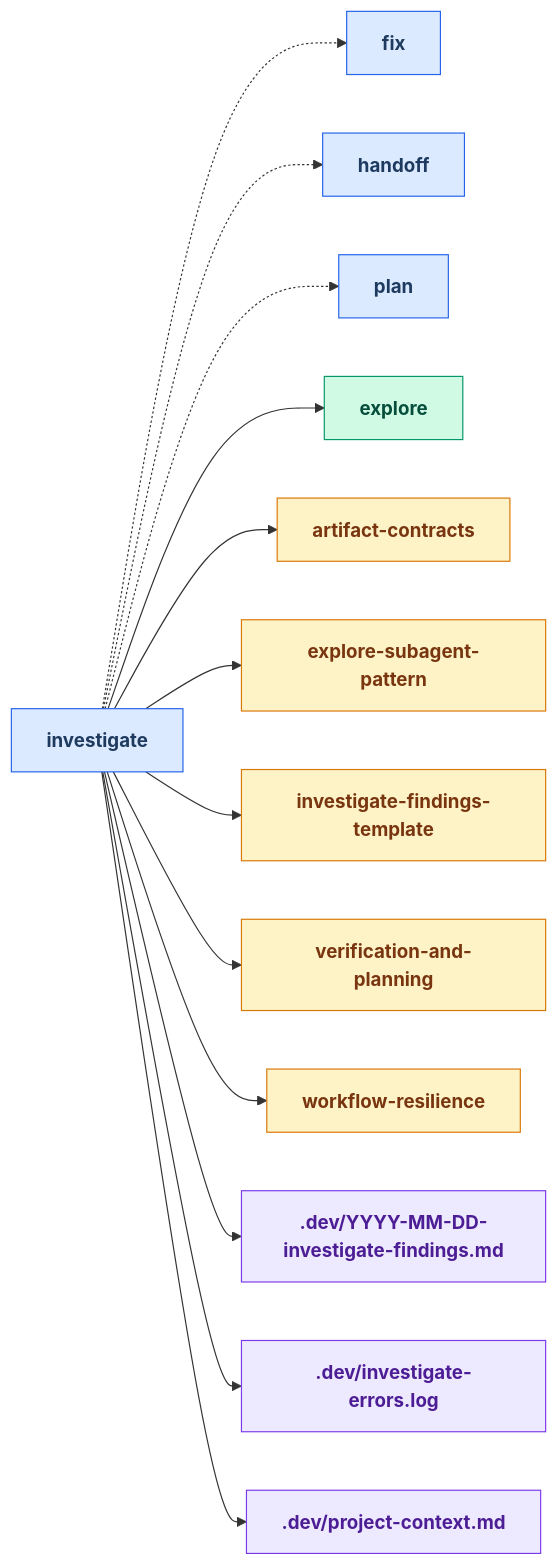
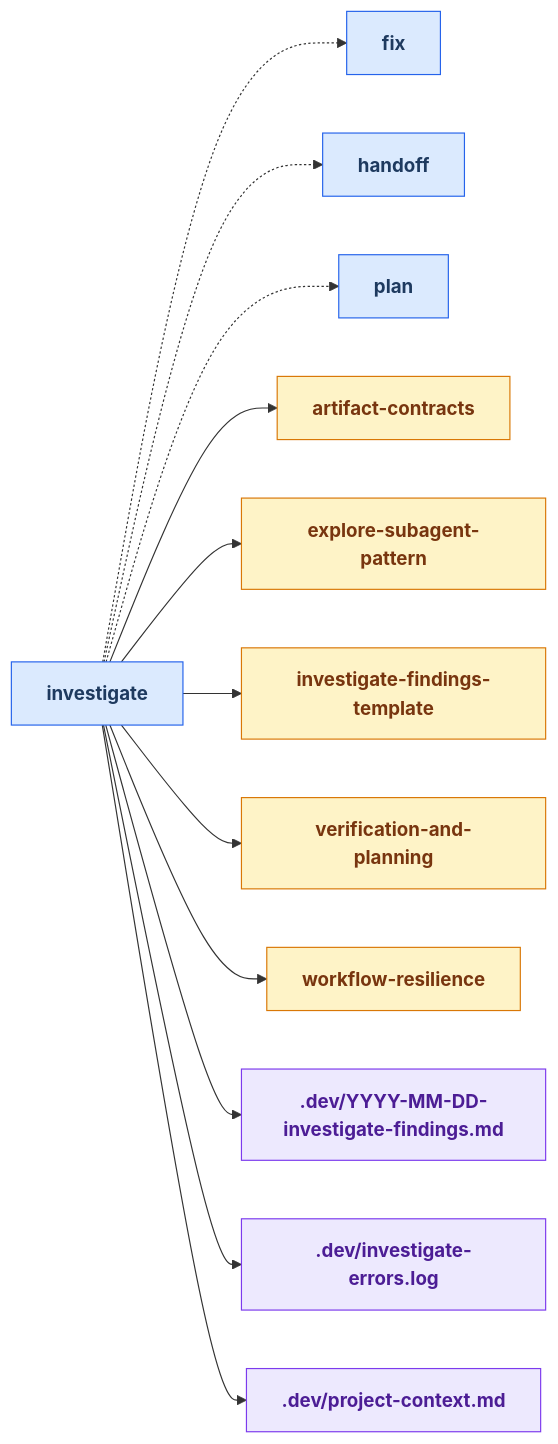
Before and after one commit to russell-laing/al-dev-shared: the fourth of 25 diagrams in docs/skills_map.md, drawn with Mermaid. The commit also changed other lines of this file and 14 other files, not shown here.

````diff
--- a/docs/skills_map.md
+++ b/docs/skills_map.md
@@ -205,49 +205,46 @@
 ```mermaid
 flowchart LR
     classDef skillNode fill:#dbeafe,stroke:#2563eb,color:#1e3a5f,font-weight:bold
     classDef agentNode fill:#d1fae5,stroke:#059669,color:#064e3b,font-weight:bold
     classDef knowledgeNode fill:#fef3c7,stroke:#d97706,color:#78350f,font-weight:bold
     classDef artifactNode fill:#ede9fe,stroke:#7c3aed,color:#4c1d95,font-weight:bold
     classDef phaseNode fill:#e0e7ff,stroke:#6366f1,color:#312e81,font-weight:bold
 
     skill_investigate[investigate]
     skill_fix[fix]
     skill_handoff[handoff]
     skill_plan[plan]
-    agent_explore[explore]
     knowledge_artifact_contracts_md[artifact-contracts]
     knowledge_explore_subagent_pattern_md[explore-subagent-pattern]
     knowledge_investigate_findings_template_md[investigate-findings-template]
     knowledge_verification_and_planning_md[verification-and-planning]
     knowledge_workflow_resilience_md[workflow-resilience]
     artifact_YYYY_MM_DD_investigate_findings_md[.dev/YYYY-MM-DD-investigate-findings.md]
     artifact_investigate_errors_log[.dev/investigate-errors.log]
     artifact_project_context_md[.dev/project-context.md]
 
     skill_investigate -.-> skill_fix
     skill_investigate -.-> skill_handoff
     skill_investigate -.-> skill_plan
-    skill_investigate --> agent_explore
     skill_investigate --> knowledge_artifact_contracts_md
     skill_investigate --> knowledge_explore_subagent_pattern_md
     skill_investigate --> knowledge_investigate_findings_template_md
     skill_investigate --> knowledge_verification_and_planning_md
     skill_investigate --> knowledge_workflow_resilience_md
     skill_investigate --> artifact_YYYY_MM_DD_investigate_findings_md
     skill_investigate --> artifact_investigate_errors_log
     skill_investigate --> artifact_project_context_md
 
     class skill_investigate skillNode
     class skill_fix skillNode
     class skill_handoff skillNode
     class skill_plan skillNode
-    class agent_explore agentNode
     class knowledge_artifact_contracts_md knowledgeNode
     class knowledge_explore_subagent_pattern_md knowledgeNode
     class knowledge_investigate_findings_template_md knowledgeNode
     class knowledge_verification_and_planning_md knowledgeNode
     class knowledge_workflow_resilience_md knowledgeNode
     class artifact_YYYY_MM_DD_investigate_findings_md artifactNode
     class artifact_investigate_errors_log artifactNode
     class artifact_project_context_md artifactNode
 ```
````
